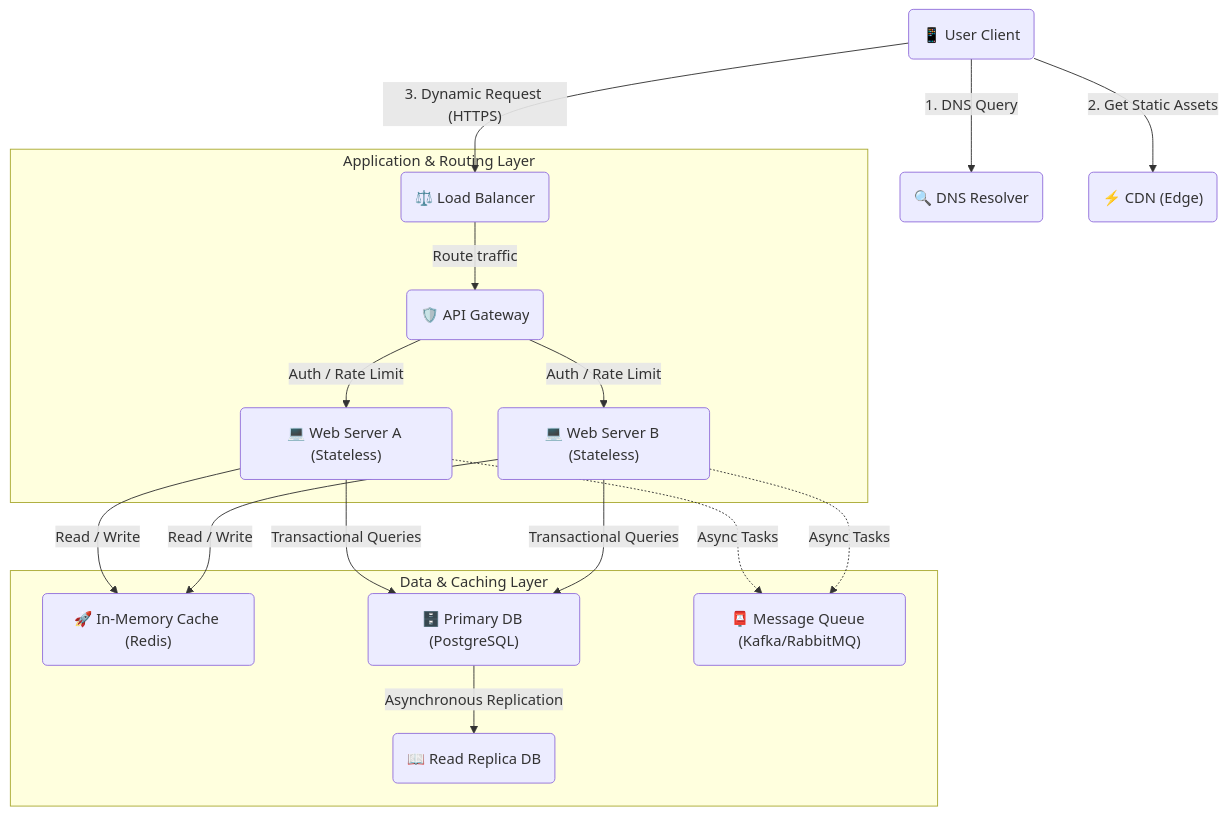
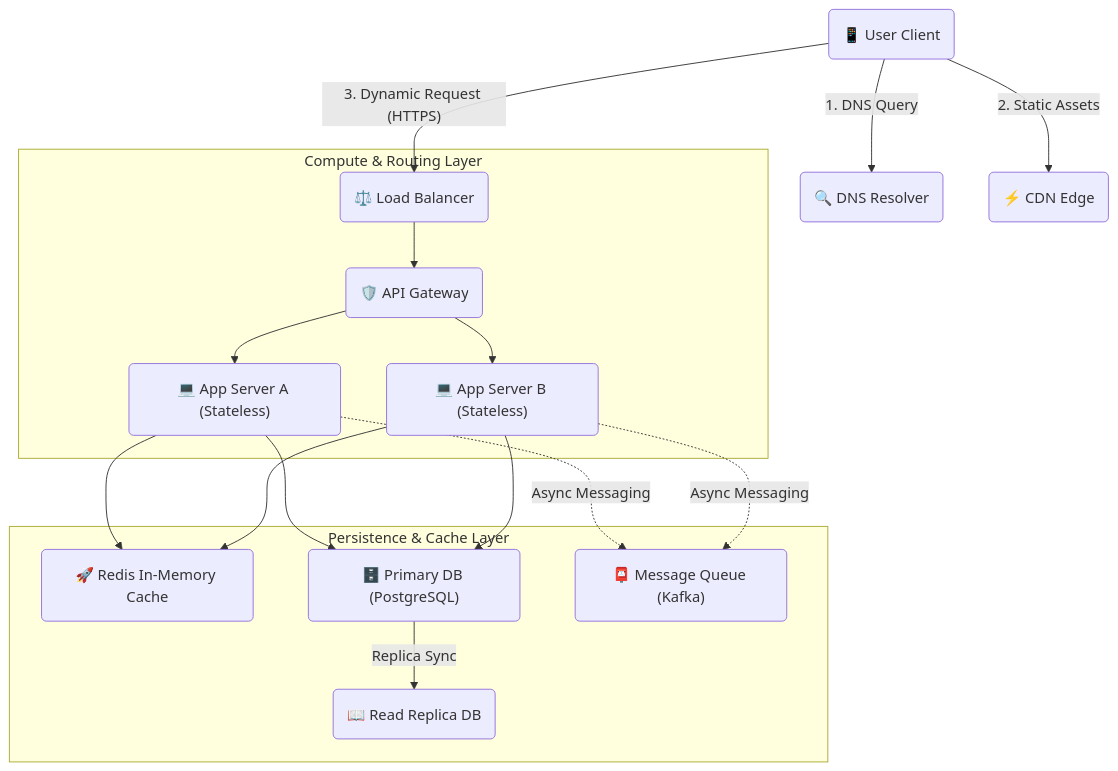
One commit to PKRacha/system-design changed the diagram in basics/README.md. Above: the diagram before and after it, drawn with Mermaid. The commit also changed other lines of this file and 6 other files, not shown here.

````diff
--- a/basics/README.md
+++ b/basics/README.md
@@ -13,19 +13,19 @@
 ```mermaid
 graph TD
     User("📱 User Client") -->|1. DNS Query| DNS("🔍 DNS Resolver")
-    User -->|2. Get Static Assets| CDN("⚡ CDN (Edge)")
+    User -->|2. Static Assets| CDN("⚡ CDN Edge")
     User -->|"3. Dynamic Request (HTTPS)"| LB("⚖️ Load Balancer")
     
-    subgraph App_Layer ["Application & Routing Layer"]
-        LB -->|Route traffic| GW("🛡️ API Gateway")
-        GW -->|Auth / Rate Limit| S1("💻 Web Server A (Stateless)")
-        GW -->|Auth / Rate Limit| S2("💻 Web Server B (Stateless)")
+    subgraph Compute ["Compute & Routing Layer"]
+        LB --> GW("🛡️ API Gateway")
+        GW --> S1("💻 App Server A (Stateless)")
+        GW --> S2("💻 App Server B (Stateless)")
     end
     
-    subgraph Data_Layer ["Data & Caching Layer"]
-        S1 & S2 -->|Read / Write| Cache("🚀 In-Memory Cache (Redis)")
-        S1 & S2 -->|Transactional Queries| PrimaryDB("🗄️ Primary DB (PostgreSQL)")
-        PrimaryDB -->|Asynchronous Replication| ReplicaDB("📖 Read Replica DB")
-        S1 & S2 -.->|Async Tasks| MQ("📮 Message Queue (Kafka/RabbitMQ)")
+    subgraph Persistence ["Persistence & Cache Layer"]
+        S1 & S2 --> Cache("🚀 Redis In-Memory Cache")
+        S1 & S2 --> PrimaryDB("🗄️ Primary DB (PostgreSQL)")
+        PrimaryDB -->|Replica Sync| ReplicaDB("📖 Read Replica DB")
+        S1 & S2 -.->|Async Messaging| MQ("📮 Message Queue (Kafka)")
     end
 ```
````
